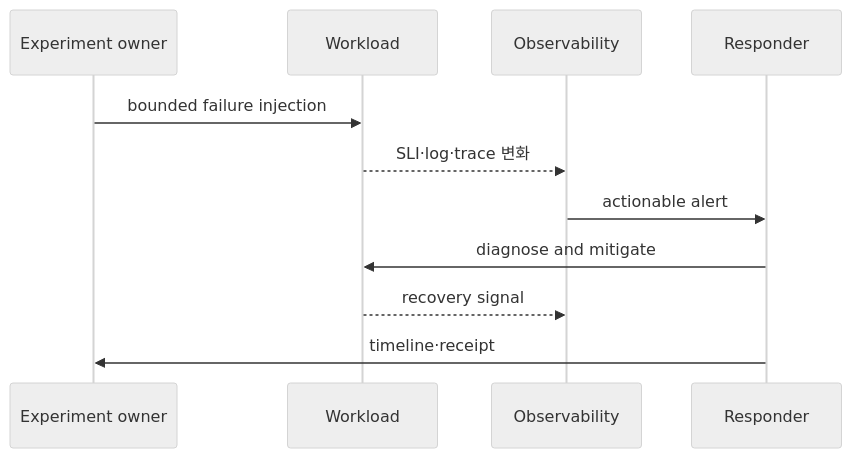
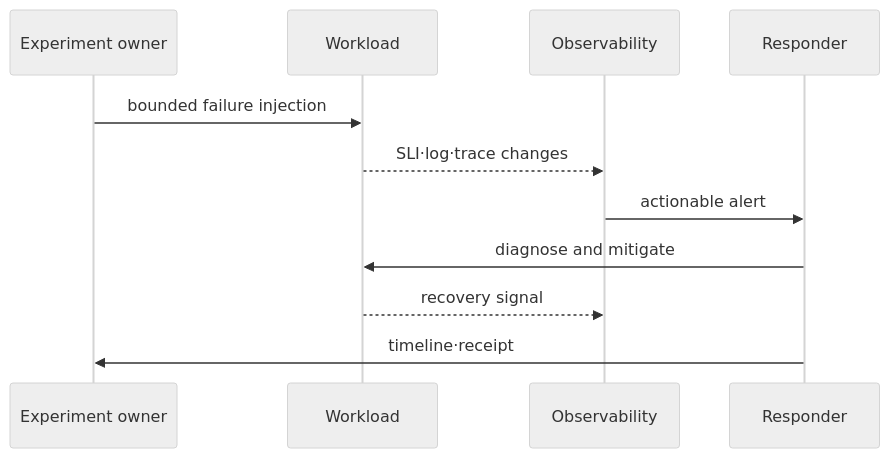
The second of 2 diagrams in docs-site/content/reliability-finops/02-integrated-capstone.md (nohdol97/nohdol-study), drawn with Mermaid (neutral theme) before and after one commit. The commit also changed other lines of this file and 116 other files, not shown here.

````diff
--- a/docs-site/content/reliability-finops/02-integrated-capstone.md
+++ b/docs-site/content/reliability-finops/02-integrated-capstone.md
@@ -81,13 +81,13 @@
 ```mermaid
 sequenceDiagram
     participant E as Experiment owner
     participant W as Workload
     participant O as Observability
     participant R as Responder
     E->>W: bounded failure injection
-    W-->>O: SLI·log·trace 변화
+    W-->>O: SLI·log·trace changes
     O->>R: actionable alert
     R->>W: diagnose and mitigate
     W-->>O: recovery signal
     R->>E: timeline·receipt
 ```
````
